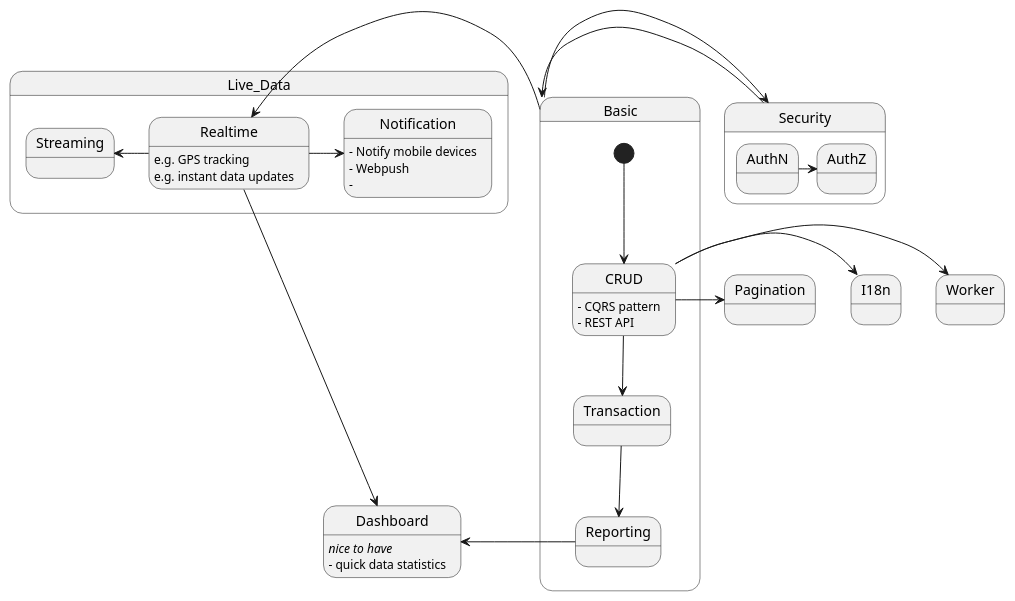
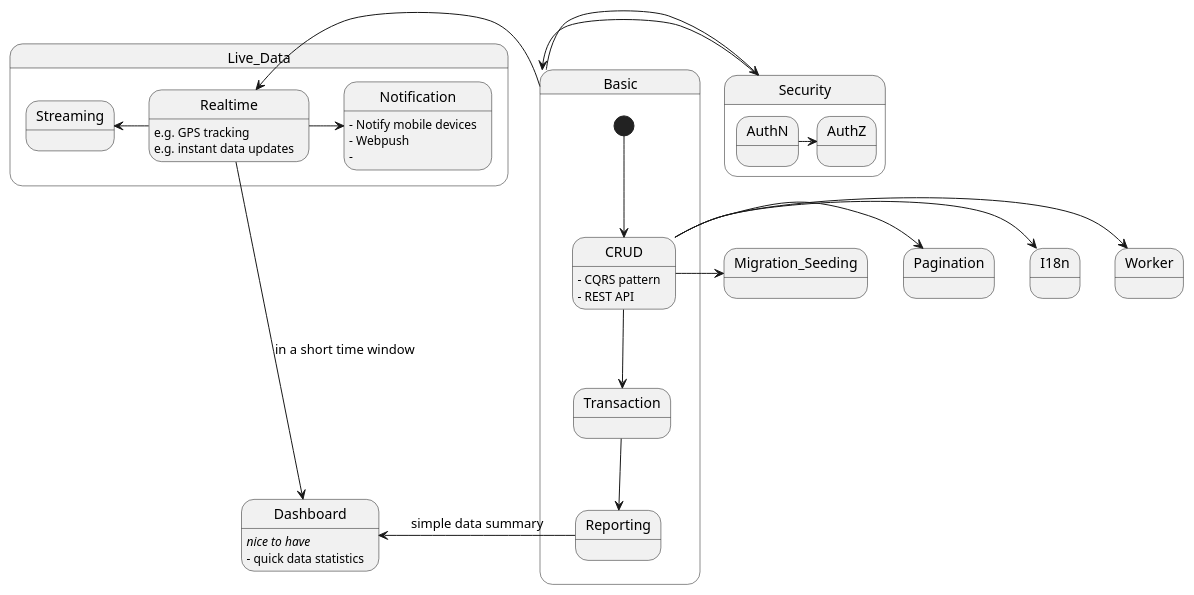
Before and after one commit to monkeydj/feon-feeder: the diagram in common-umls/pathways.wsd, drawn with PlantUML.

Commit message:
pathways.wsd edited online with Bitbucket

```diff
--- a/common-umls/pathways.wsd
+++ b/common-umls/pathways.wsd
@@ -1,45 +1,46 @@
 @startuml
 
 state Security {
     AuthN -> AuthZ
 }
 
 state Basic {
     [*] --> CRUD
     CRUD -down-> Transaction
     Transaction -down-> Reporting
 }
 
 state Live_Data {
     Realtime -> Notification
     Realtime -left-> Streaming
 }
 
 Security -left> Basic
 Basic -> Security
 
+CRUD -> Migration_Seeding
 CRUD -> Pagination
 CRUD -> I18n
 CRUD -> Worker
 
 Basic -> Realtime
 
-Reporting -> Dashboard
-Realtime -> Dashboard
+Reporting -> Dashboard : simple data summary
+Realtime -> Dashboard : in a short time window
 
 ' problem descriptions
 
 CRUD : - CQRS pattern
 CRUD : - REST API
 
 Realtime : e.g. GPS tracking
 Realtime : e.g. instant data updates 
 
 Notification : - Notify mobile devices
 Notification : - Webpush
 Notification : - 
 
 Dashboard : <i>nice to have</i>
 Dashboard : - quick data statistics
 
 @enduml
```
